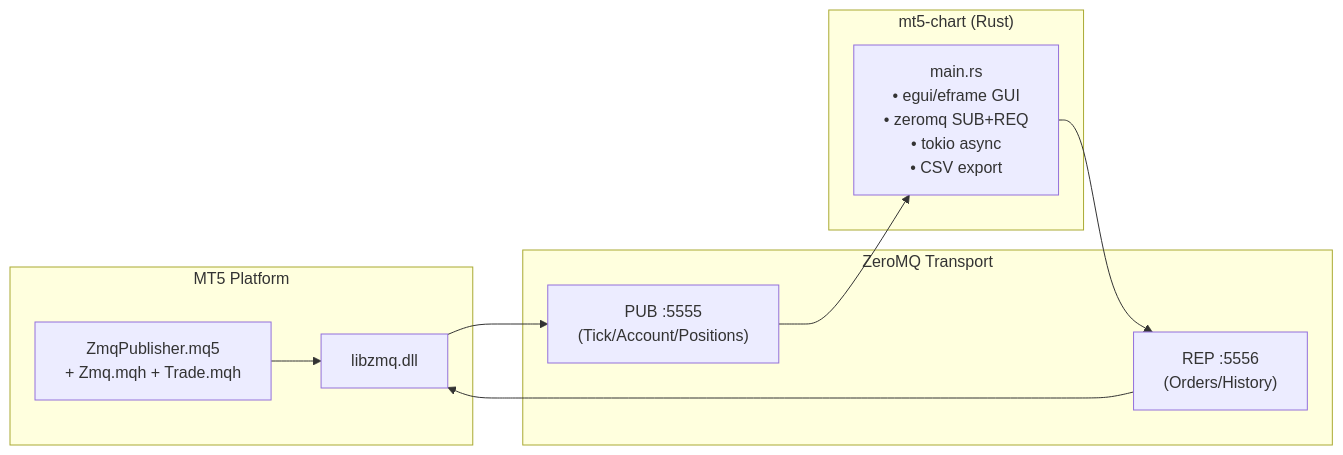
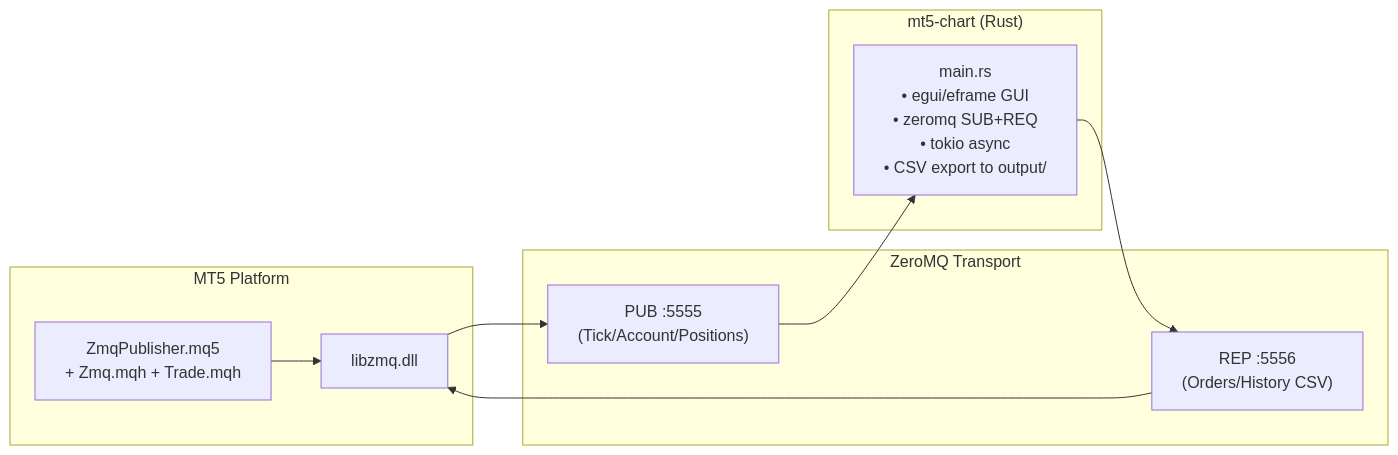
The first of 3 diagrams in trading-architecture-v5.md (algorembrant/SUM3API), drawn with Mermaid before and after one commit. The commit also changed other lines of this file and 2 other files, not shown here.

Commit message:
feat: debugging the historical csv mechanics

````diff
--- a/trading-architecture-v5.md
+++ b/trading-architecture-v5.md
@@ -7,20 +7,20 @@
 ```mermaid
 flowchart LR
     subgraph MT5["MT5 Platform"]
         EA["ZmqPublisher.mq5<br/>+ Zmq.mqh + Trade.mqh"]
         DLL["libzmq.dll"]
         EA --> DLL
     end
 
     subgraph ZMQ["ZeroMQ Transport"]
         PUB["PUB :5555<br/>(Tick/Account/Positions)"]
-        REP["REP :5556<br/>(Orders/History)"]
+        REP["REP :5556<br/>(Orders/History CSV)"]
     end
 
     subgraph Rust["mt5-chart (Rust)"]
-        App["main.rs<br/>• egui/eframe GUI<br/>• zeromq SUB+REQ<br/>• tokio async<br/>• CSV export"]
+        App["main.rs<br/>• egui/eframe GUI<br/>• zeromq SUB+REQ<br/>• tokio async<br/>• CSV export to output/"]
     end
 
     DLL --> PUB --> App
     App --> REP --> DLL
 ```
````
